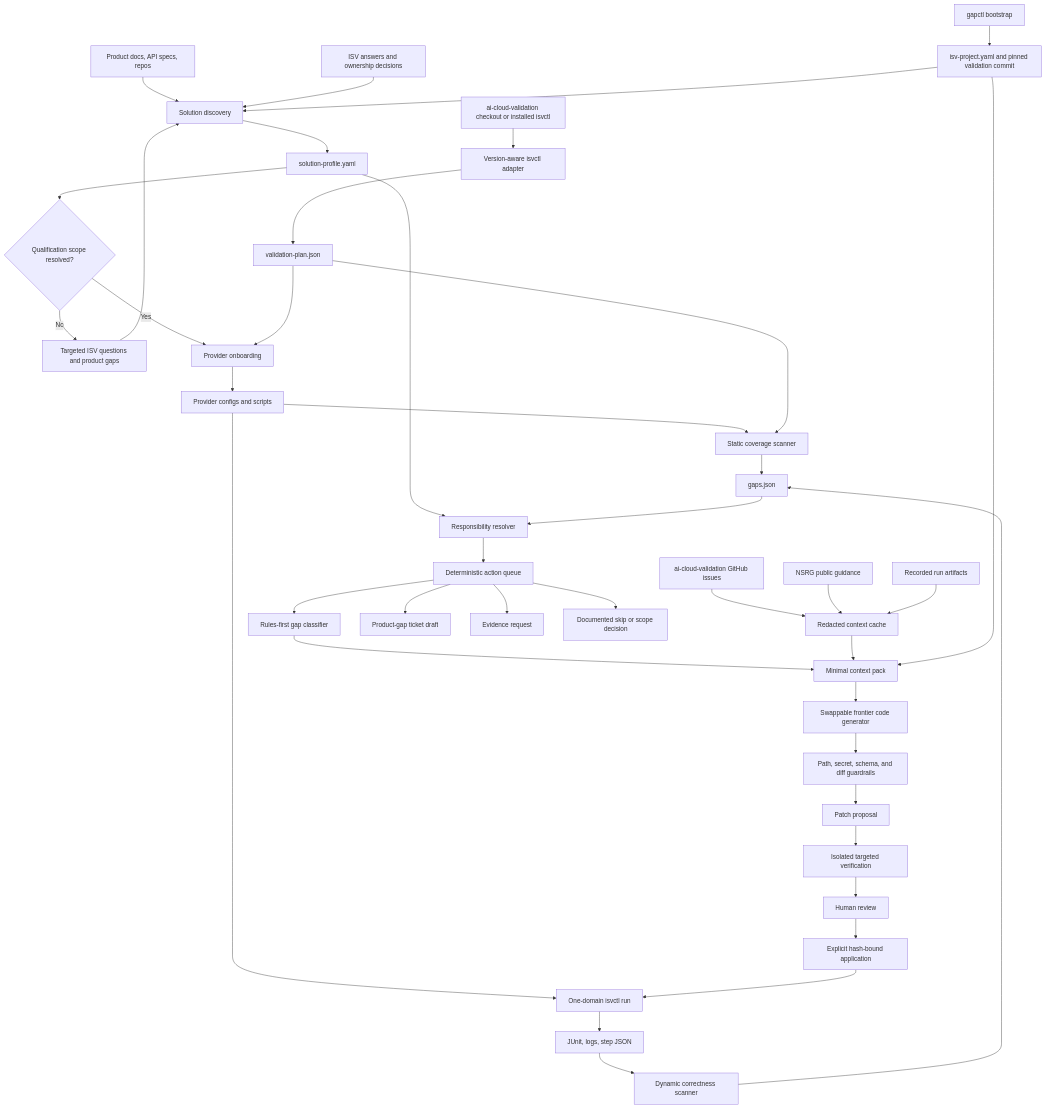
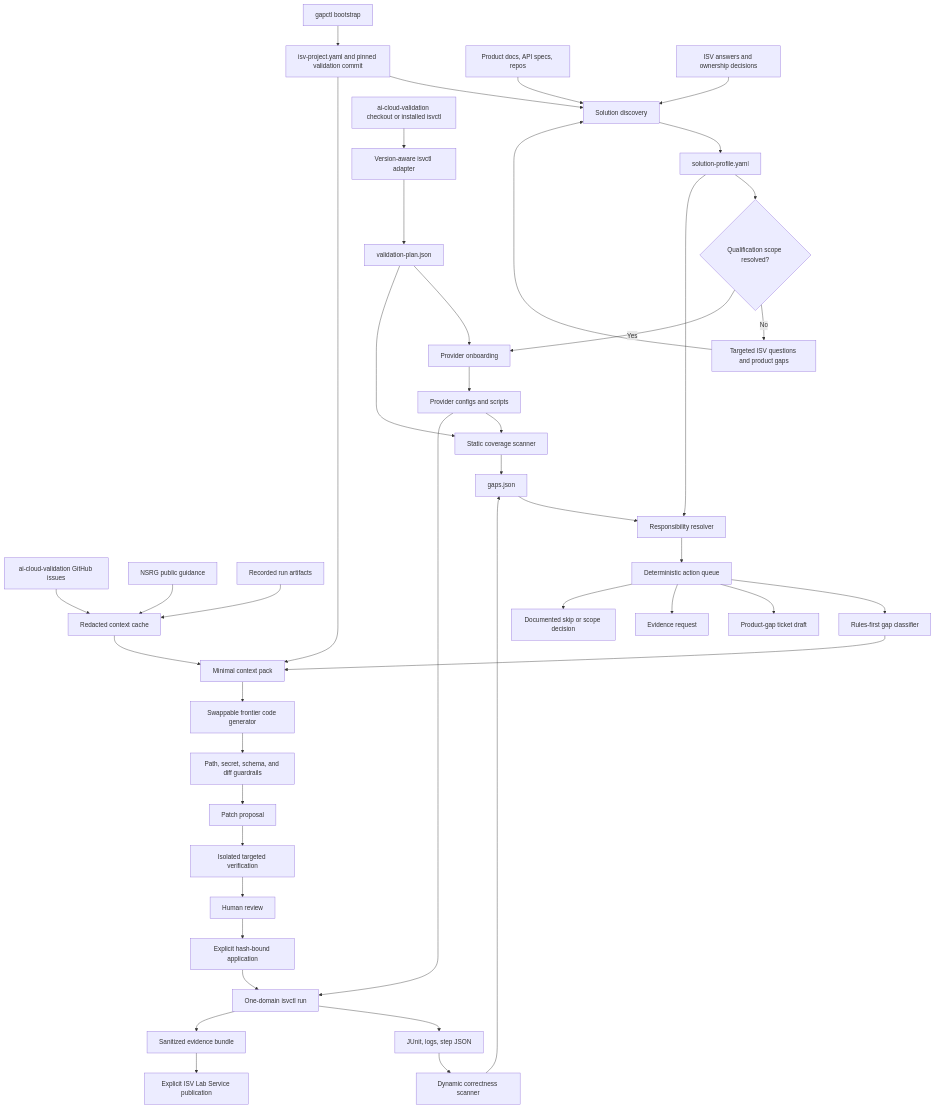
Before and after one commit to Gayatri-K26/isv-readiness: the diagram in docs/architecture.md, drawn with Mermaid. The commit also changed other lines of this file and 50 other files, not shown here.

````diff
--- a/docs/architecture.md
+++ b/docs/architecture.md
@@ -14,50 +15,52 @@
 ```mermaid
 flowchart TD
     Bootstrap[gapctl bootstrap] --> Project[isv-project.yaml and pinned validation commit]
     Docs[Product docs, API specs, repos] --> ProfileBuilder[Solution discovery]
     Issues[ai-cloud-validation GitHub issues] --> ContextCache[Redacted context cache]
     NSRG[NSRG public guidance] --> ContextCache
     Runs[Recorded run artifacts] --> ContextCache
     ISV[ISV answers and ownership decisions] --> ProfileBuilder
     Project --> ProfileBuilder
     ProfileBuilder --> Profile[solution-profile.yaml]
 
     ACV[ai-cloud-validation checkout or installed isvctl] --> Adapter[Version-aware isvctl adapter]
     Adapter --> Plan[validation-plan.json]
 
     Profile --> Gate{Qualification scope resolved?}
     Gate -->|No| Questions[Targeted ISV questions and product gaps]
     Questions --> ProfileBuilder
     Gate -->|Yes| Onboard[Provider onboarding]
     Plan --> Onboard
     Onboard --> Provider[Provider configs and scripts]
 
     Provider --> Static[Static coverage scanner]
     Plan --> Static
     Static --> Gaps[gaps.json]
 
     Provider --> Run[One-domain isvctl run]
     Run --> Artifacts[JUnit, logs, step JSON]
     Artifacts --> Dynamic[Dynamic correctness scanner]
     Dynamic --> Gaps
 
     Profile --> Resolver[Responsibility resolver]
     Gaps --> Resolver
     Resolver --> Actions[Deterministic action queue]
 
     Actions --> Classifier[Rules-first gap classifier]
     Classifier --> Context[Minimal context pack]
     ContextCache --> Context
     Project --> Context
     Context --> Generator[Swappable frontier code generator]
     Generator --> Guardrail[Path, secret, schema, and diff guardrails]
     Guardrail --> Patch[Patch proposal]
     Patch --> Verify[Isolated targeted verification]
     Verify --> Human[Human review]
     Human --> Apply[Explicit hash-bound application]
     Apply --> Run
 
     Actions --> Ticket[Product-gap ticket draft]
     Actions --> Evidence[Evidence request]
     Actions --> Skip[Documented skip or scope decision]
+    Run --> Bundle[Sanitized evidence bundle]
+    Bundle --> Publish[Explicit ISV Lab Service publication]
 ```
````
